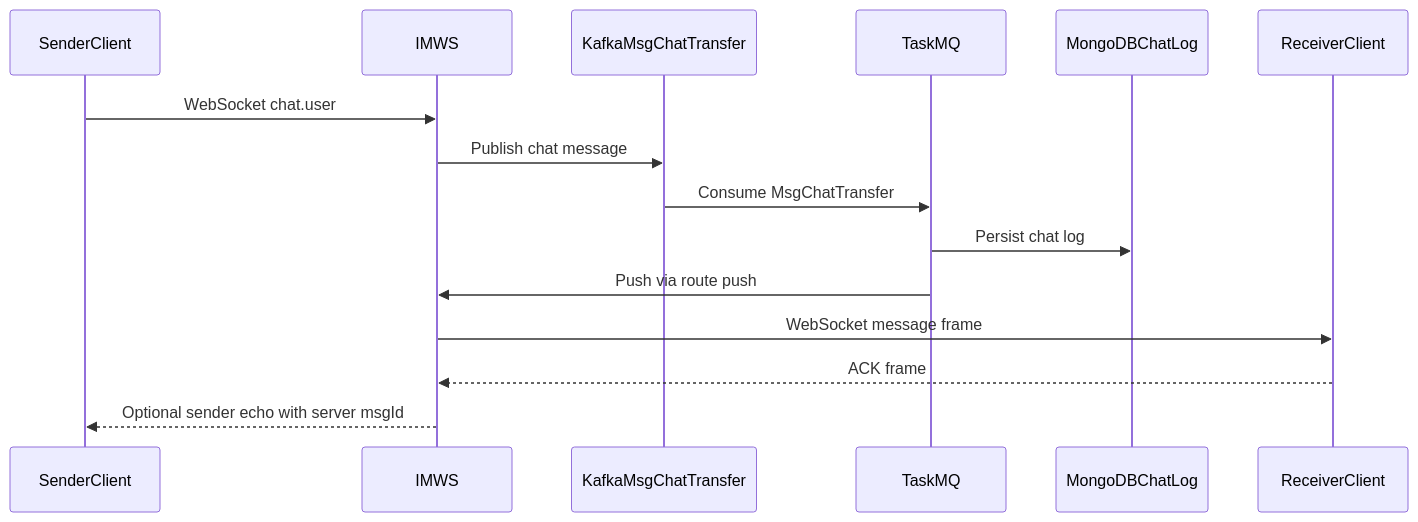
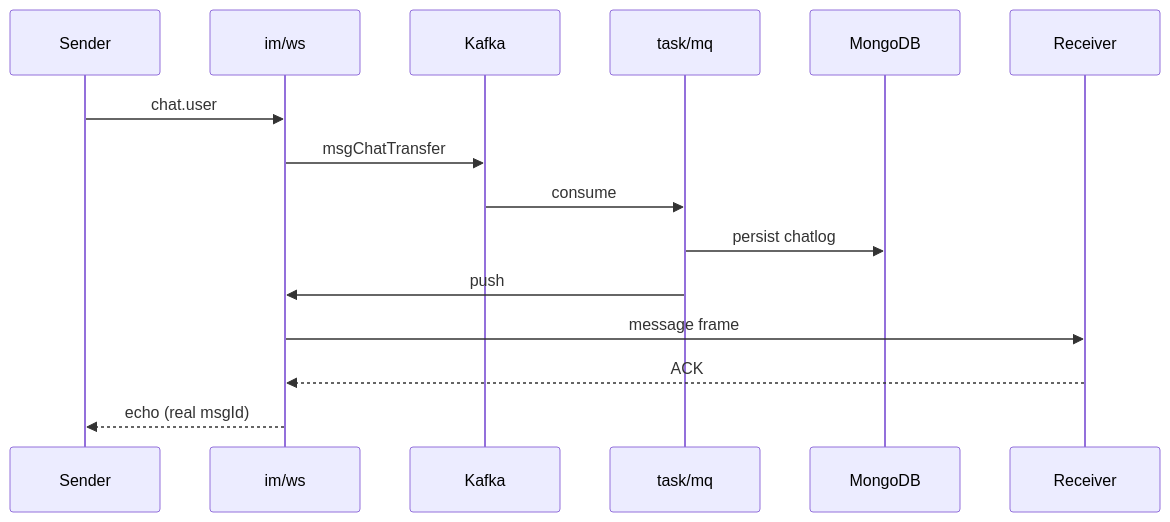
The first of 6 diagrams in README.md (iceymoss/go-hichat-api), drawn with Mermaid before and after one commit. The commit also changed other lines of this file and 1 other file, not shown here.

First line of the commit message:
docs: humanize sequence diagrams and fix Go version

````diff
--- a/README.md
+++ b/README.md
@@ -107,11 +107,17 @@
 ```mermaid
 sequenceDiagram
-  SenderClient->>IMWS: WebSocket chat.user
-  IMWS->>KafkaMsgChatTransfer: Publish chat message
-  KafkaMsgChatTransfer->>TaskMQ: Consume MsgChatTransfer
-  TaskMQ->>MongoDBChatLog: Persist chat log
-  TaskMQ->>IMWS: Push via route push
-  IMWS->>ReceiverClient: WebSocket message frame
-  ReceiverClient-->>IMWS: ACK frame
-  IMWS-->>SenderClient: Optional sender echo with server msgId
+  participant C as Sender
+  participant WS as im/ws
+  participant K as Kafka
+  participant MQ as task/mq
+  participant DB as MongoDB
+  participant R as Receiver
+  C->>WS: chat.user
+  WS->>K: msgChatTransfer
+  K->>MQ: consume
+  MQ->>DB: persist chatlog
+  MQ->>WS: push
+  WS->>R: message frame
+  R-->>WS: ACK
+  WS-->>C: echo (real msgId)
 ```
````
